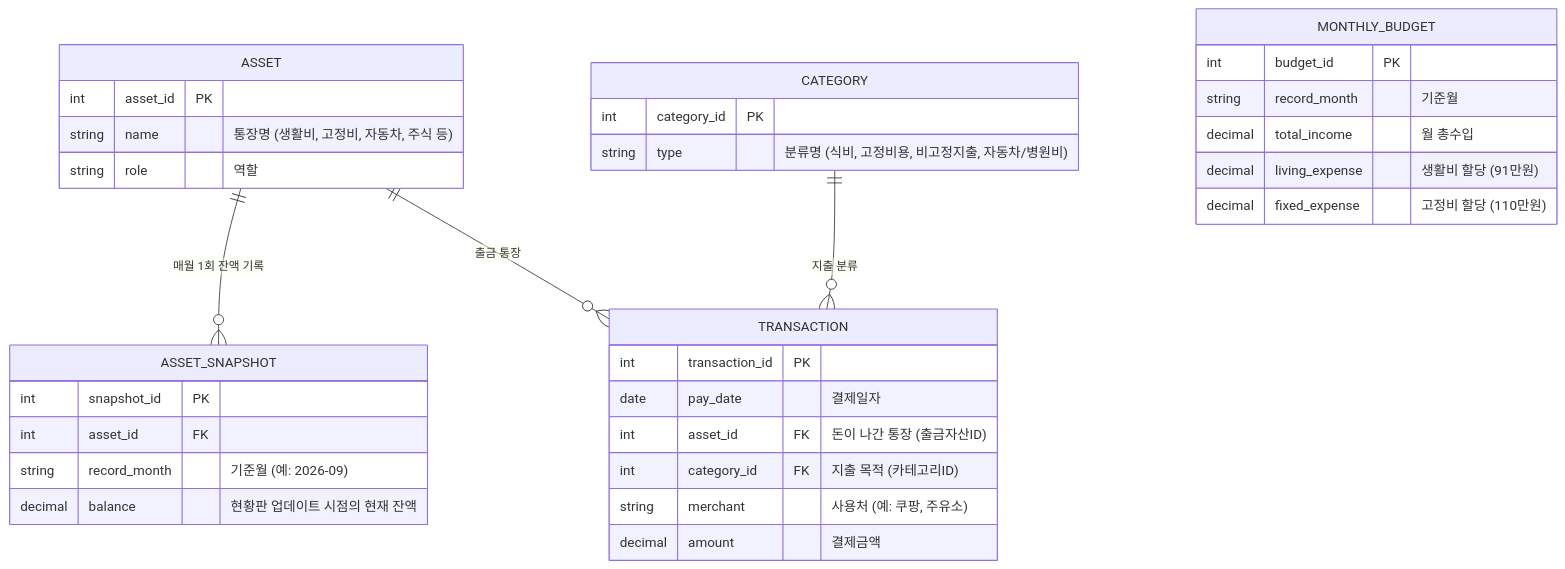
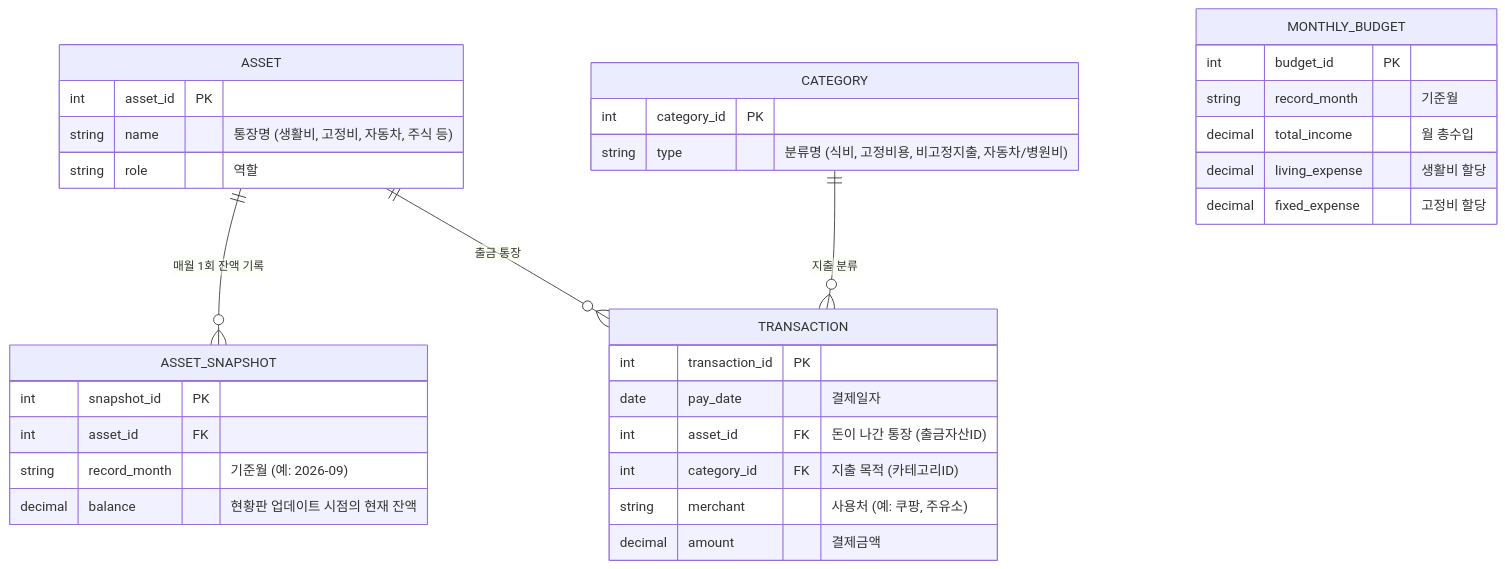
One commit to cdcpp/honey-budget changed the diagram in README.md. Above: the diagram before and after it, drawn with Mermaid.

````diff
--- a/README.md
+++ b/README.md
@@ -18,41 +18,41 @@
 ```mermaid
 erDiagram
     ASSET ||--o{ ASSET_SNAPSHOT : "매월 1회 잔액 기록"
     ASSET ||--o{ TRANSACTION : "출금 통장"
     CATEGORY ||--o{ TRANSACTION : "지출 분류"
 
     ASSET {
         int asset_id PK
         string name "통장명 (생활비, 고정비, 자동차, 주식 등)"
         string role "역할"
     }
     
     ASSET_SNAPSHOT {
         int snapshot_id PK
         int asset_id FK
         string record_month "기준월 (예: 2026-09)"
         decimal balance "현황판 업데이트 시점의 현재 잔액"
     }
 
     MONTHLY_BUDGET {
         int budget_id PK
         string record_month "기준월"
         decimal total_income "월 총수입"
-        decimal living_expense "생활비 할당 (91만원)"
-        decimal fixed_expense "고정비 할당 (110만원)"
+        decimal living_expense "생활비 할당"
+        decimal fixed_expense "고정비 할당"
     }
 
     CATEGORY {
         int category_id PK
         string type "분류명 (식비, 고정비용, 비고정지출, 자동차/병원비)"
     }
 
     TRANSACTION {
         int transaction_id PK
         date pay_date "결제일자"
         int asset_id FK "돈이 나간 통장 (출금자산ID)"
         int category_id FK "지출 목적 (카테고리ID)"
         string merchant "사용처 (예: 쿠팡, 주유소)"
         decimal amount "결제금액"
     }
 ```
````
